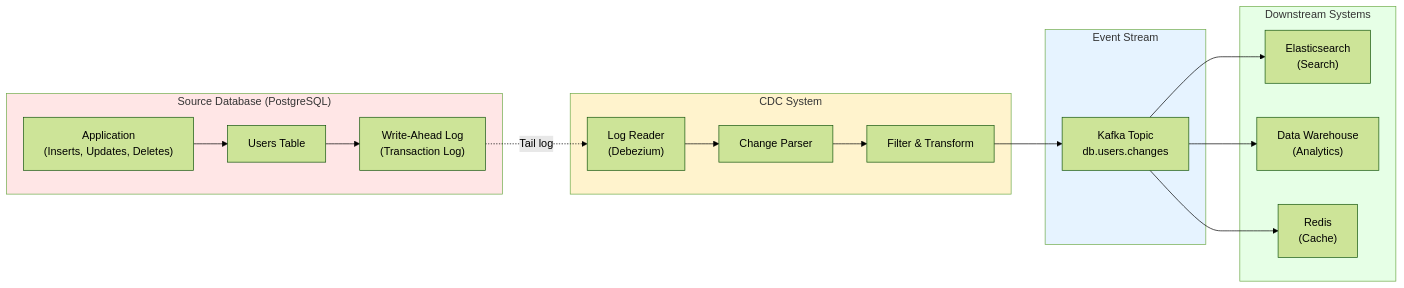
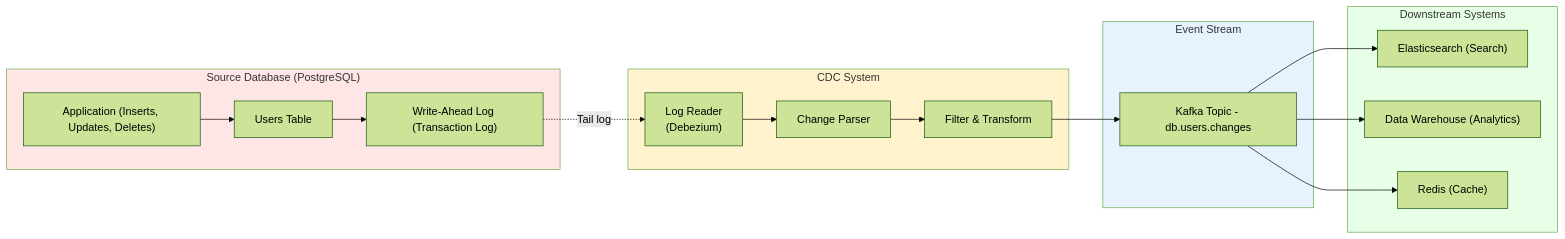
The diagram in Coordination/09_CDC.md (Anmol33/SystemDesign), drawn with Mermaid (forest theme) before and after one commit. The commit also changed 6 other files, not shown here.

First line of the commit message:
docs: fix Mermaid diagram syntax in coordination documents

````diff
--- a/Coordination/09_CDC.md
+++ b/Coordination/09_CDC.md
@@ -41,40 +41,40 @@
 ```mermaid
 graph LR
     subgraph Source["Source Database (PostgreSQL)"]
-        App["Application<br/>(Inserts, Updates, Deletes)"]
+        App["Application (Inserts, Updates, Deletes)"]
         Table["Users Table"]
-        WAL["Write-Ahead Log<br/>(Transaction Log)"]
+        WAL["Write-Ahead Log (Transaction Log)"]
     end
     
     subgraph CDC_System["CDC System"]
         Reader["Log Reader<br/>(Debezium)"]
         Parser["Change Parser"]
         Filter["Filter & Transform"]
     end
     
     subgraph Event_Stream["Event Stream"]
-        Kafka["Kafka Topic<br/>db.users.changes"]
+        Kafka["Kafka Topic - db.users.changes"]
     end
     
     subgraph Consumers["Downstream Systems"]
-        ES["Elasticsearch<br/>(Search)"]
-        DW["Data Warehouse<br/>(Analytics)"]
-        Cache["Redis<br/>(Cache)"]
+        ES["Elasticsearch (Search)"]
+        DW["Data Warehouse (Analytics)"]
+        Cache["Redis (Cache)"]
     end
     
     App --> Table
     Table --> WAL
     WAL -.->|"Tail log"| Reader
     Reader --> Parser
     Parser --> Filter
     Filter --> Kafka
     
     Kafka --> ES
     Kafka --> DW
     Kafka --> Cache
     
     style Source fill:#ffe6e6
     style CDC_System fill:#fff3cd
     style Event_Stream fill:#e6f3ff
     style Consumers fill:#e6ffe6
 ```
````
